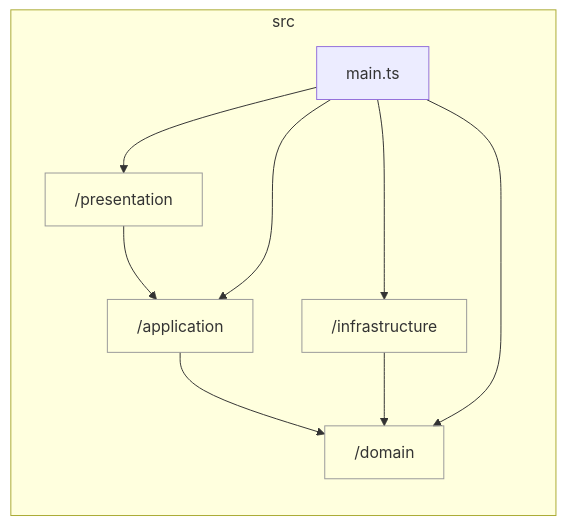
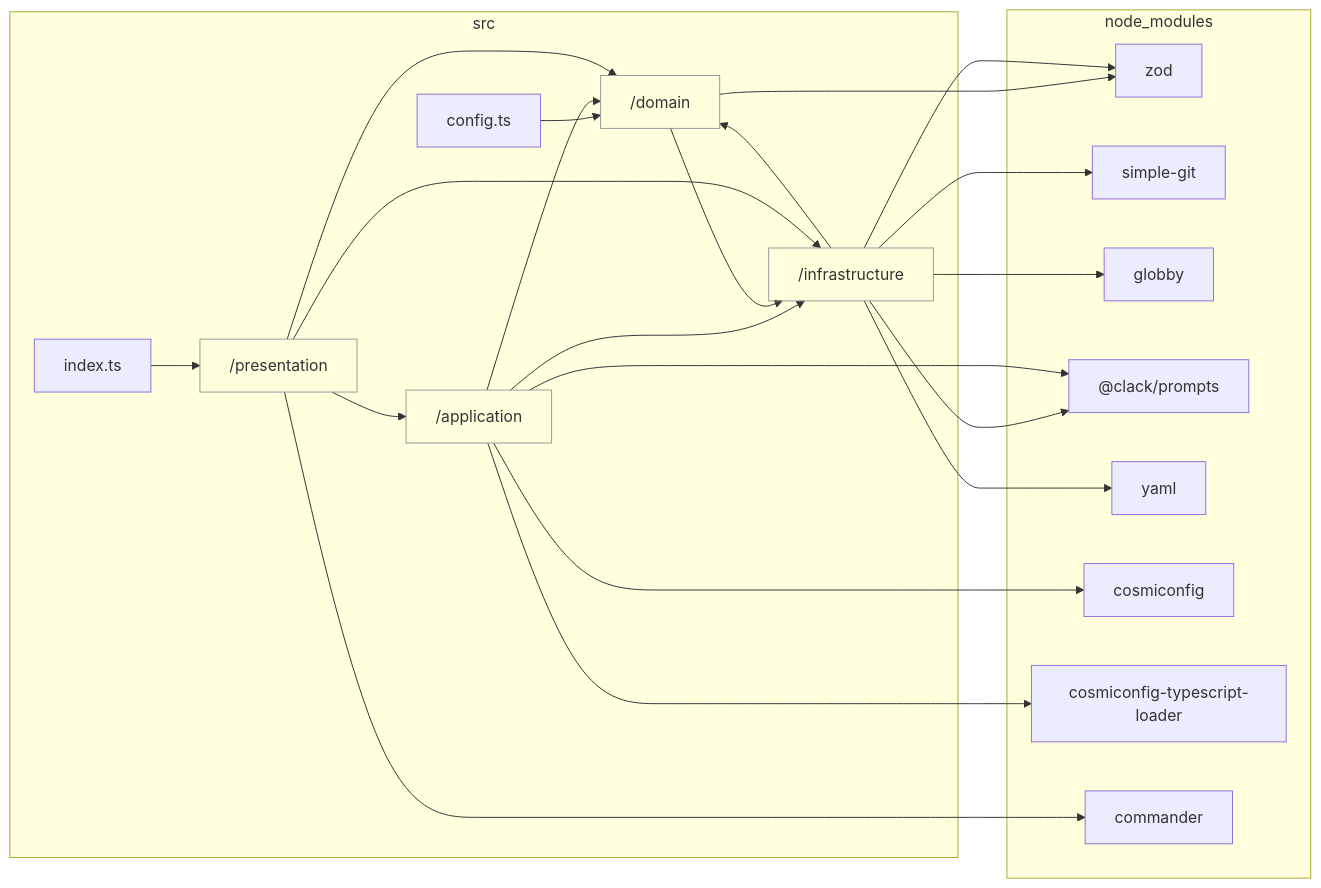
One commit to sugurutakahashi-1234/readme-i18n-sentinel changed the diagram in docs/reports/dependencies/layers.md. Above: the diagram before and after it, drawn with Mermaid. The commit also changed 52 other files, not shown here.

````diff
--- a/docs/reports/dependencies/layers.md
+++ b/docs/reports/dependencies/layers.md
@@ -7,18 +7,41 @@
 ```mermaid
 flowchart LR
     classDef dir fill:#0000,stroke:#999
     subgraph src["src"]
         src/domain["/domain"]:::dir
+        src/config.ts["config.ts"]
+        src/infrastructure["/infrastructure"]:::dir
         src/application["/application"]:::dir
-        src/infrastructure["/infrastructure"]:::dir
         src/presentation["/presentation"]:::dir
-        src/main.ts["main.ts"]
+        src/index.ts["index.ts"]
     end
+    subgraph node//modules["node_modules"]
+        node//modules/zod/index.d.cts["zod"]
+        node//modules/simple//git/dist/typings/index.d.ts["simple-git"]
+        node//modules/globby/index.d.ts["globby"]
+        node//modules///clack/prompts/dist/index.d.ts["@clack/prompts"]
+        node//modules/yaml/dist/index.d.ts["yaml"]
+        node//modules/cosmiconfig/dist/index.d.ts["cosmiconfig"]
+        node//modules/cosmiconfig//typescript//loader/dist/types/index.d.ts["cosmiconfig-typescript-loader"]
+        node//modules/commander/typings/index.d.ts["commander"]
+    end
+    src/domain-->node//modules/zod/index.d.cts
+    src/config.ts-->src/domain
+    src/infrastructure-->node//modules/simple//git/dist/typings/index.d.ts
+    src/infrastructure-->src/domain
+    src/infrastructure-->node//modules/globby/index.d.ts
     src/application-->src/domain
-    src/infrastructure-->src/domain
+    src/application-->src/infrastructure
+    src/infrastructure-->node//modules///clack/prompts/dist/index.d.ts
+    src/infrastructure-->node//modules/yaml/dist/index.d.ts
+    src/application-->node//modules///clack/prompts/dist/index.d.ts
+    src/infrastructure-->node//modules/zod/index.d.cts
+    src/application-->node//modules/cosmiconfig/dist/index.d.ts
+    src/application-->node//modules/cosmiconfig//typescript//loader/dist/types/index.d.ts
+    src/domain-->src/infrastructure
+    src/presentation-->node//modules/commander/typings/index.d.ts
     src/presentation-->src/application
-    src/main.ts-->src/application
-    src/main.ts-->src/domain
-    src/main.ts-->src/infrastructure
-    src/main.ts-->src/presentation
+    src/presentation-->src/domain
+    src/presentation-->src/infrastructure
+    src/index.ts-->src/presentation
 ```
````
